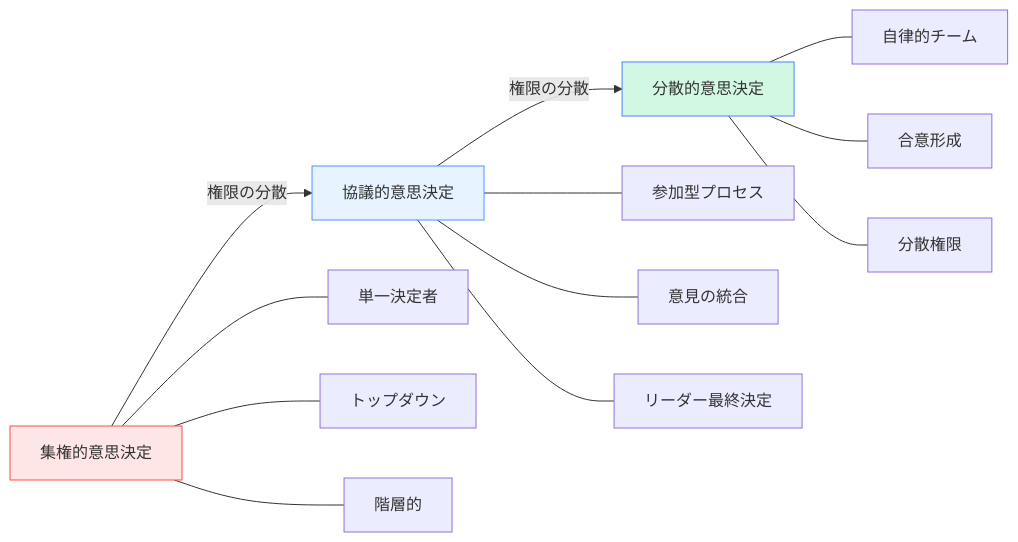
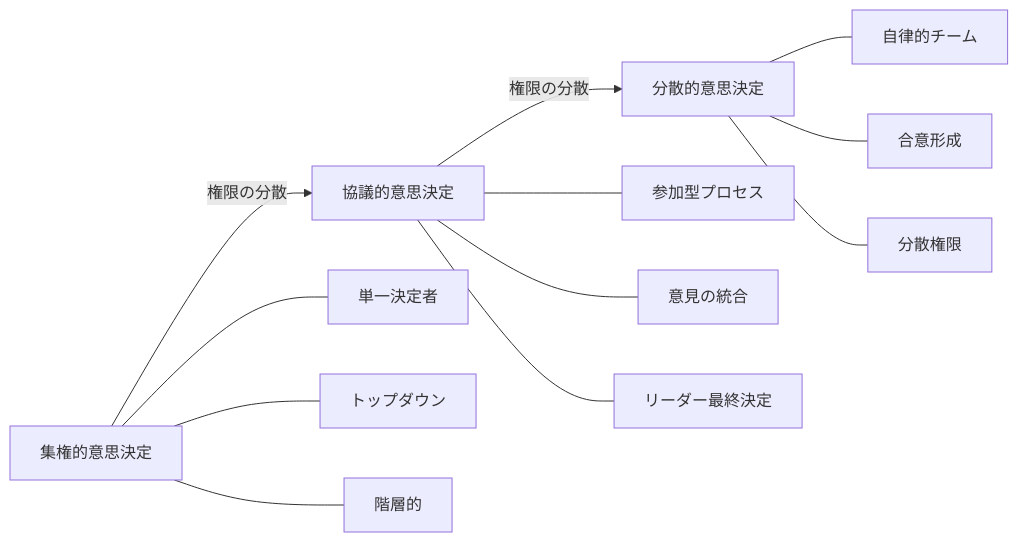
The seventh of 9 diagrams in docs/decision-making-guide/team-decision-making.md (shuji-bonji/Situational-Awareness-and-Decision-Making), drawn with Mermaid before and after one commit. The commit also changed other lines of this file and 49 other files, not shown here.

Commit message:
fix: ダークモードで見づらい図の色の変更

````diff
--- a/docs/decision-making-guide/team-decision-making.md
+++ b/docs/decision-making-guide/team-decision-making.md
@@ -459,33 +459,33 @@
 ```mermaid
 graph LR
     A[集権的意思決定] -->|"権限の分散"| B[協議的意思決定]
     B -->|"権限の分散"| C[分散的意思決定]
     
     A1[単一決定者]
     A2[トップダウン]
     A3[階層的]
     
     B1[参加型プロセス]
     B2[意見の統合]
     B3[リーダー最終決定]
     
     C1[自律的チーム]
     C2[合意形成]
     C3[分散権限]
     
     A --- A1
     A --- A2
     A --- A3
     
     B --- B1
     B --- B2
     B --- B3
     
     C --- C1
     C --- C2
     C --- C3
     
-    style A fill:#ffe6e6,stroke:#ff4d4d
-    style B fill:#e6f2ff,stroke:#4d94ff
-    style C fill:#d3f8e2,stroke:#4d7fff
+
+
+
 ```
````
